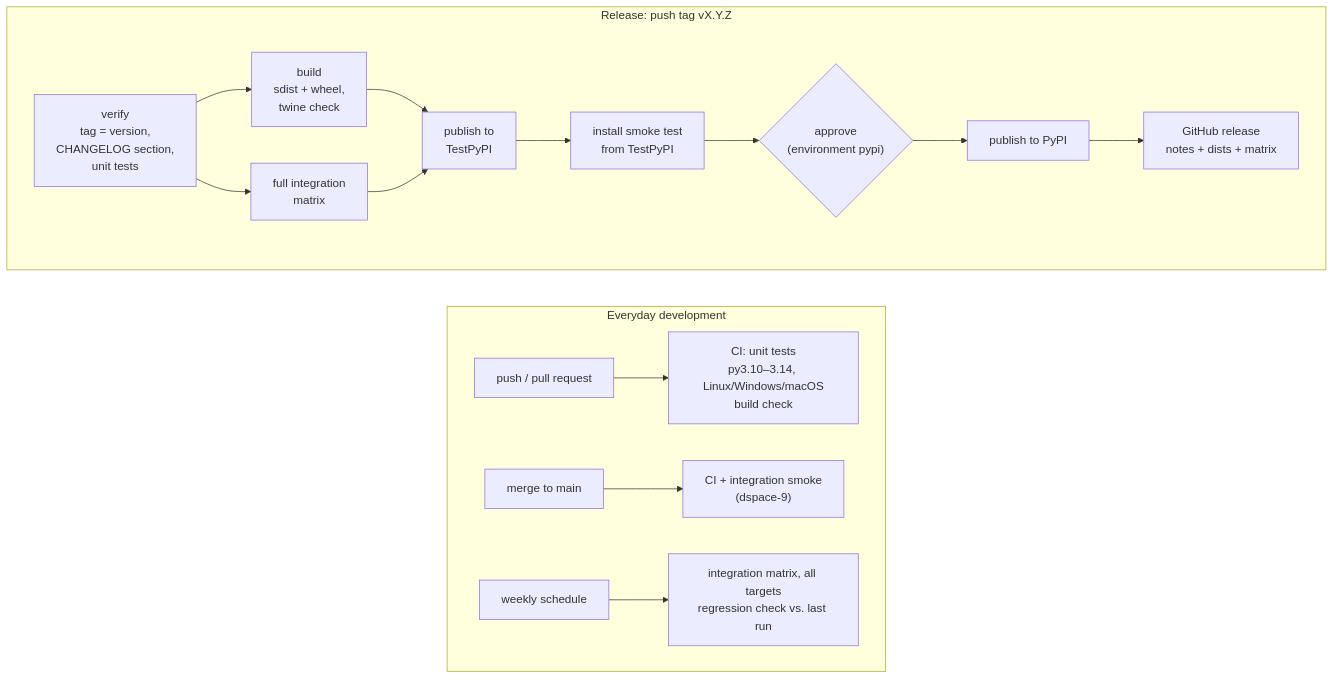
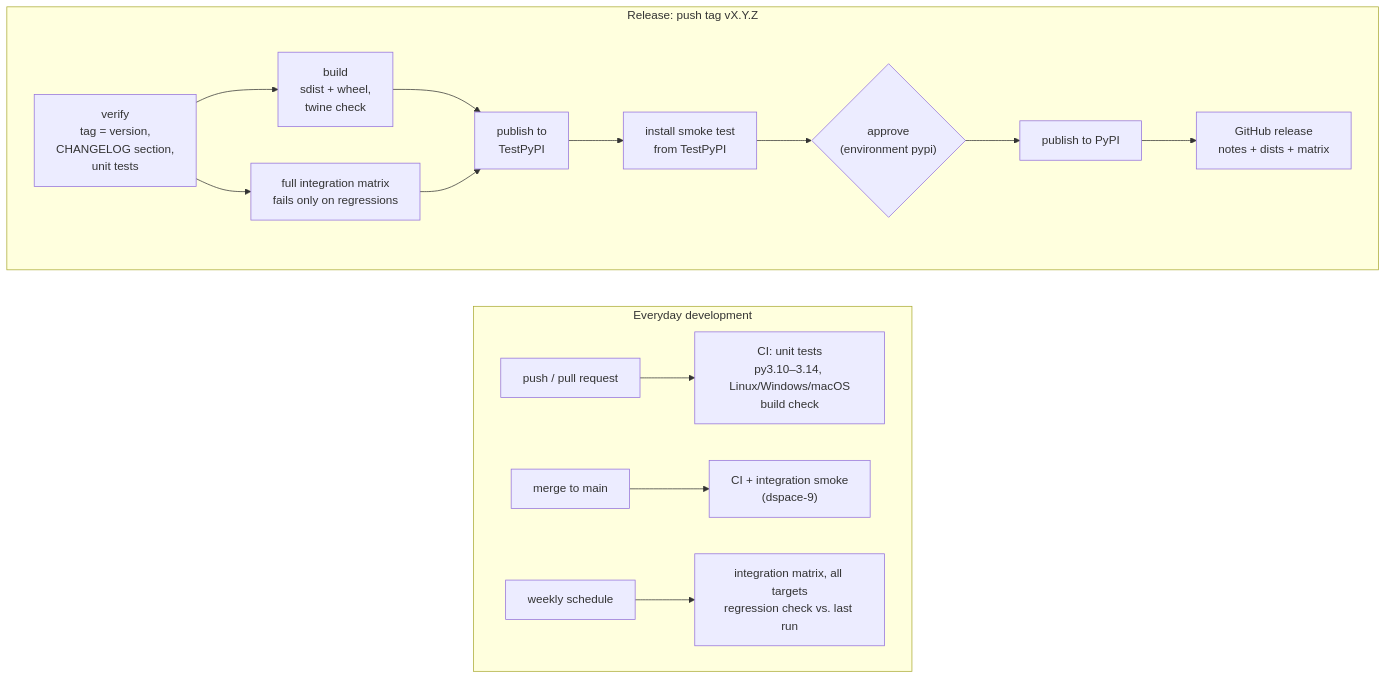
The diagram in RELEASING.md (sszepe/dspace-api-toolkit), drawn with Mermaid before and after one commit. The commit also changed other lines of this file and 9 other files, not shown here.

````diff
--- a/RELEASING.md
+++ b/RELEASING.md
@@ -5,21 +5,21 @@
 ```mermaid
 flowchart LR
     subgraph everyday["Everyday development"]
         direction LR
         PR["push / pull request"] --> CI["CI: unit tests<br/>py3.10–3.14, Linux/Windows/macOS<br/>build check"]
         MAIN["merge to main"] --> SMOKE["CI + integration smoke<br/>(dspace-9)"]
         WEEK["weekly schedule"] --> MATRIX["integration matrix, all targets<br/>regression check vs. last run"]
     end
 
     subgraph release["Release: push tag vX.Y.Z"]
-        direction LR
-        V["verify<br/>tag = version,<br/>CHANGELOG section,<br/>unit tests"] --> B["build<br/>sdist + wheel,<br/>twine check"]
-        V --> I["full integration<br/>matrix"]
-        B --> T["publish to<br/>TestPyPI"]
-        I --> T
-        T --> S["install smoke test<br/>from TestPyPI"]
+         direction LR
+         V["verify<br/>tag = version,<br/>CHANGELOG section,<br/>unit tests"] --> B["build<br/>sdist + wheel,<br/>twine check"]
+         V --> I["full integration matrix<br/>fails only on regressions"]
+         B --> T["publish to<br/>TestPyPI"]
+         I --> T
+         T --> S["install smoke test<br/>from TestPyPI"]
         S --> A{"approve<br/>(environment pypi)"}
         A --> P["publish to PyPI"]
         P --> G["GitHub release<br/>notes + dists + matrix"]
     end
 ```
````
